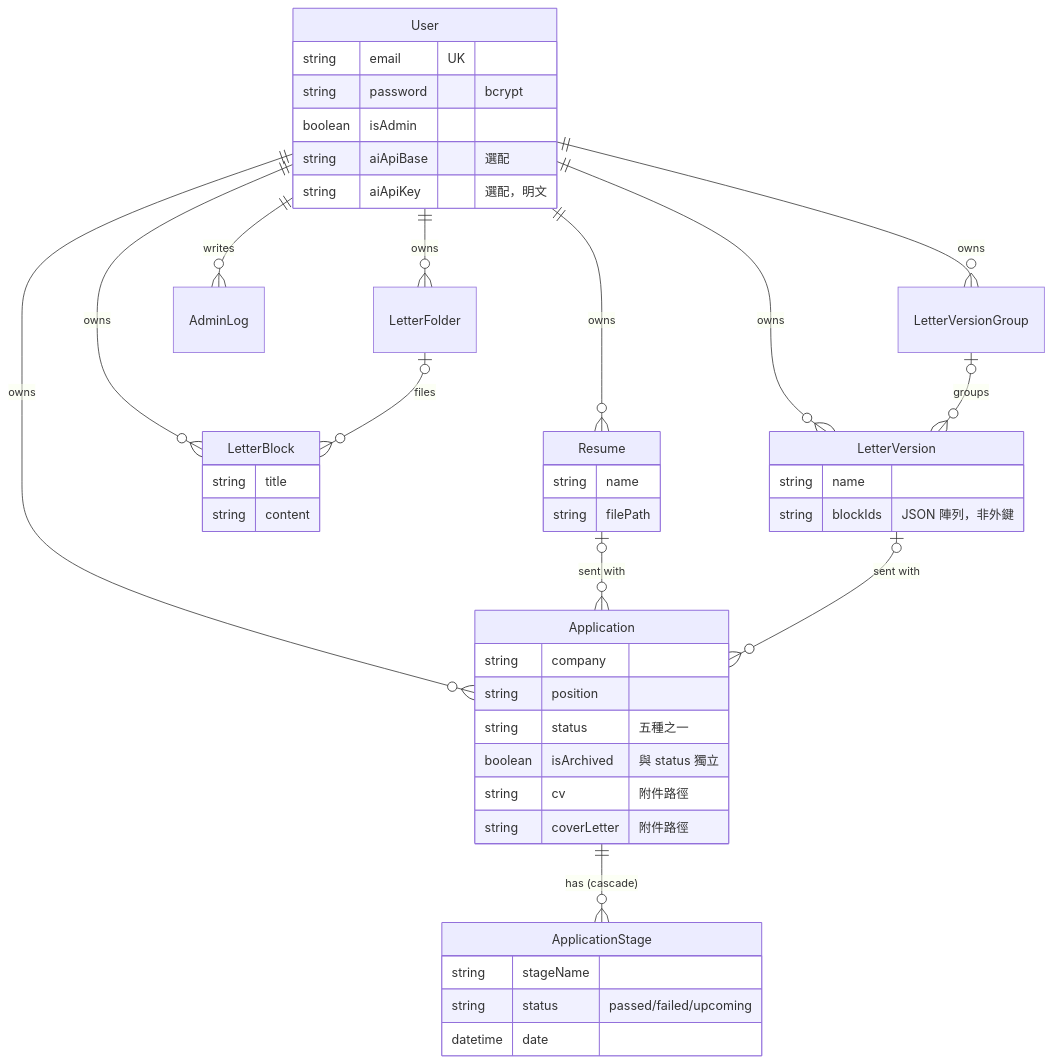
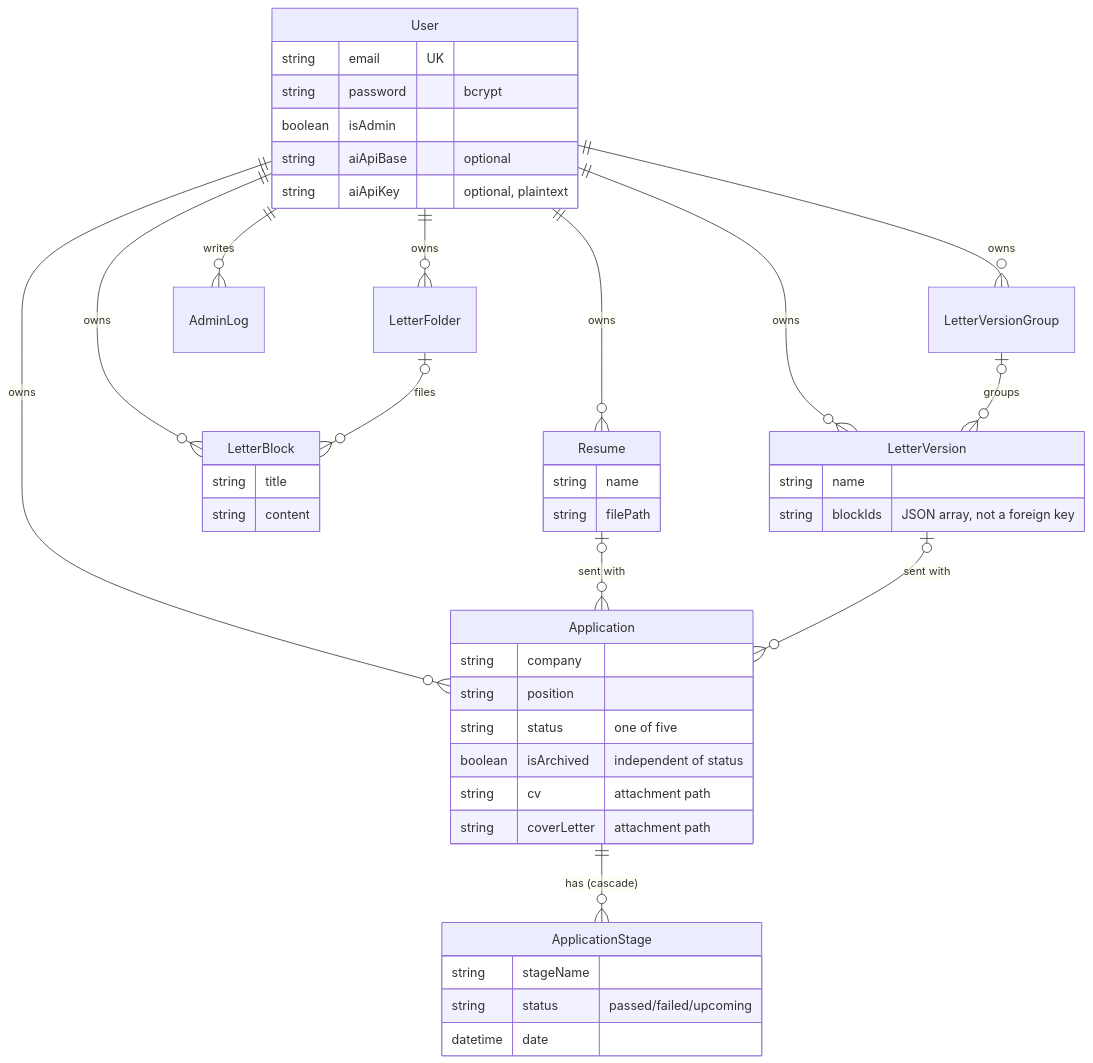
Before and after one commit to ychun816/scandiva: the third of 6 diagrams in NOTE.md, drawn with Mermaid. The commit also changed other lines of this file and 27 other files, not shown here.

````diff
--- a/NOTE.md
+++ b/NOTE.md
@@ -129,48 +129,48 @@
 ```mermaid
 erDiagram
     User ||--o{ Application : owns
     User ||--o{ Resume : owns
     User ||--o{ LetterBlock : owns
     User ||--o{ LetterFolder : owns
     User ||--o{ LetterVersion : owns
     User ||--o{ LetterVersionGroup : owns
     User ||--o{ AdminLog : writes
     Application ||--o{ ApplicationStage : "has (cascade)"
     Resume |o--o{ Application : "sent with"
     LetterVersion |o--o{ Application : "sent with"
     LetterFolder |o--o{ LetterBlock : files
     LetterVersionGroup |o--o{ LetterVersion : groups
 
     User {
         string email UK
         string password "bcrypt"
         boolean isAdmin
-        string aiApiBase "選配"
-        string aiApiKey "選配，明文"
+        string aiApiBase "optional"
+        string aiApiKey "optional, plaintext"
     }
     Application {
         string company
         string position
-        string status "五種之一"
-        boolean isArchived "與 status 獨立"
-        string cv "附件路徑"
-        string coverLetter "附件路徑"
+        string status "one of five"
+        boolean isArchived "independent of status"
+        string cv "attachment path"
+        string coverLetter "attachment path"
     }
     ApplicationStage {
         string stageName
         string status "passed/failed/upcoming"
         datetime date
     }
     Resume {
         string name
         string filePath
     }
     LetterBlock {
         string title
         string content
     }
     LetterVersion {
         string name
-        string blockIds "JSON 陣列，非外鍵"
+        string blockIds "JSON array, not a foreign key"
     }
 ```
````
